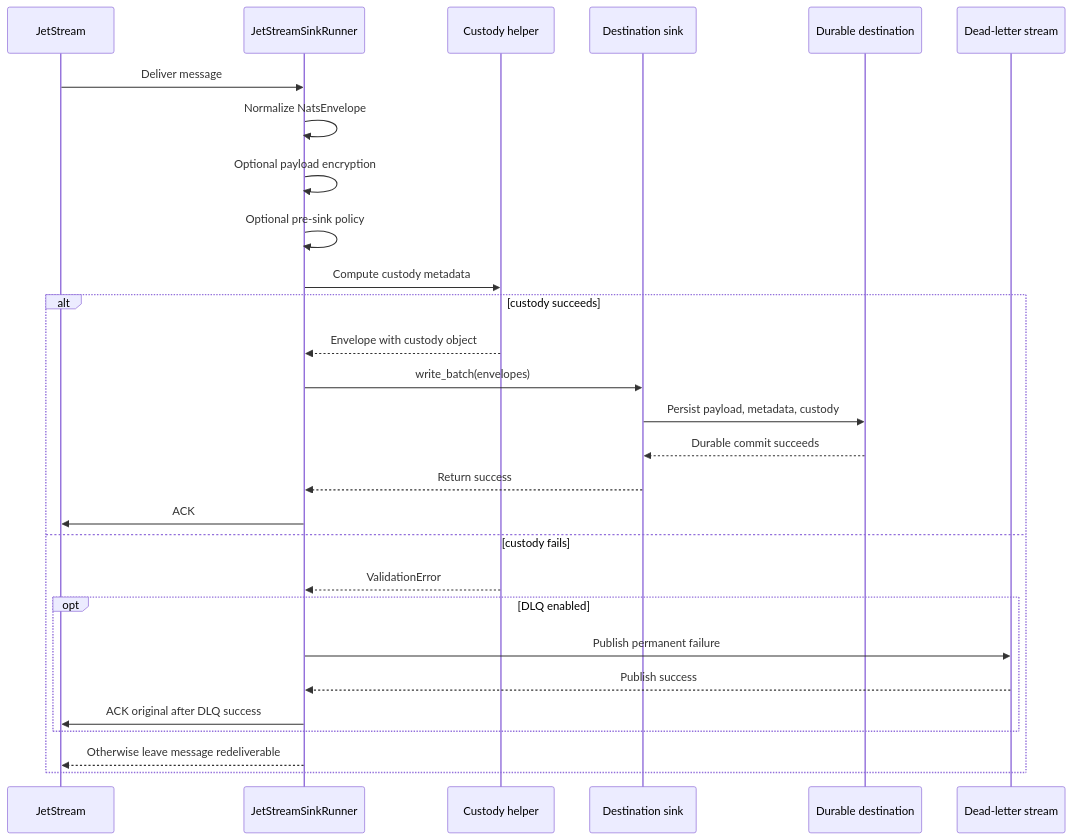
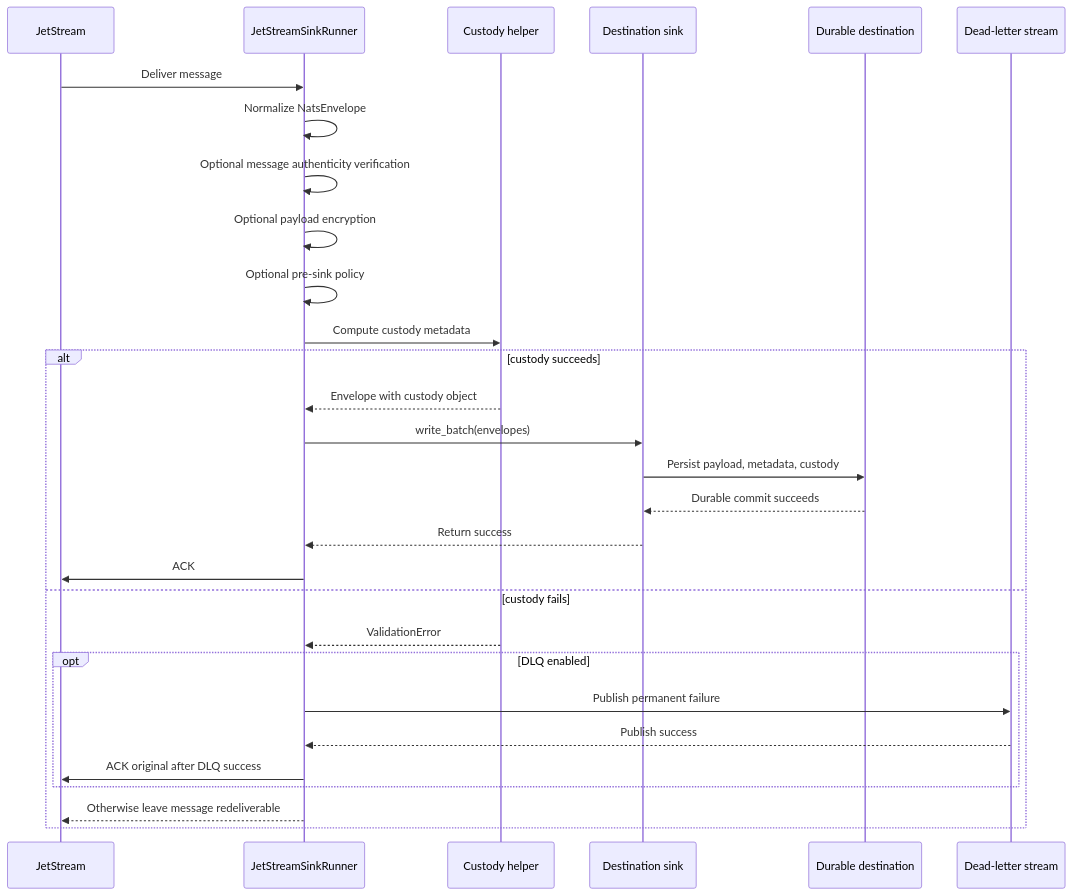
One commit to ProjectCuillin/nats-sinks changed the first of 2 diagrams in docs/tamper-evident-custody.md. Above: the diagram before and after it, drawn with Mermaid. The commit also changed other lines of this file and 26 other files, not shown here.

Commit message:
Add message authenticity verification

````diff
--- a/docs/tamper-evident-custody.md
+++ b/docs/tamper-evident-custody.md
@@ -59,31 +60,32 @@
 ```mermaid
 sequenceDiagram
     participant JS as JetStream
     participant R as JetStreamSinkRunner
     participant C as Custody helper
     participant S as Destination sink
     participant D as Durable destination
     participant DLQ as Dead-letter stream
 
     JS->>R: Deliver message
     R->>R: Normalize NatsEnvelope
+    R->>R: Optional message authenticity verification
     R->>R: Optional payload encryption
     R->>R: Optional pre-sink policy
     R->>C: Compute custody metadata
     alt custody succeeds
         C-->>R: Envelope with custody object
         R->>S: write_batch(envelopes)
         S->>D: Persist payload, metadata, custody
         D-->>S: Durable commit succeeds
         S-->>R: Return success
         R->>JS: ACK
     else custody fails
         C-->>R: ValidationError
         opt DLQ enabled
             R->>DLQ: Publish permanent failure
             DLQ-->>R: Publish success
             R->>JS: ACK original after DLQ success
         end
         R-->>JS: Otherwise leave message redeliverable
     end
 ```
````
